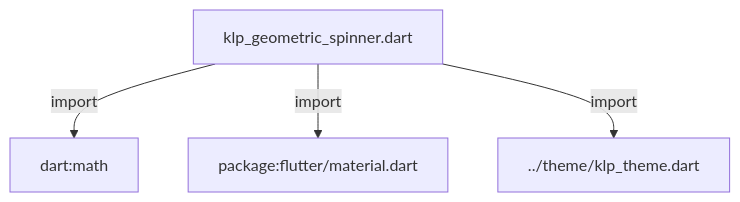
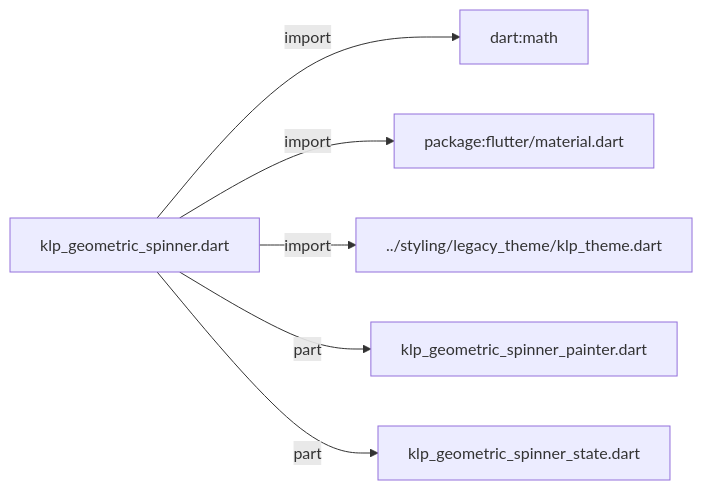
One commit to MiuDog/Kallopis changed the first of 3 diagrams in docs/architecture/src/foundation/klp_geometric_spinner.md. Above: the diagram before and after it, drawn with Mermaid. The commit also changed other lines of this file and 3539 other files, not shown here.

````diff
--- a/docs/architecture/src/foundation/klp_geometric_spinner.md
+++ b/docs/architecture/src/foundation/klp_geometric_spinner.md
@@ -11,10 +11,14 @@
 ```mermaid
-flowchart TD
+flowchart LR
 	n0["klp_geometric_spinner.dart"]
 	n1["dart:math"]
 	n2["package:flutter/material.dart"]
-	n3["../theme/klp_theme.dart"]
+	n3["../styling/legacy_theme/klp_theme.dart"]
+	n4["klp_geometric_spinner_painter.dart"]
+	n5["klp_geometric_spinner_state.dart"]
 	n0 -->|"import"| n1
 	n0 -->|"import"| n2
 	n0 -->|"import"| n3
+	n0 -->|"part"| n4
+	n0 -->|"part"| n5
 ```
````
